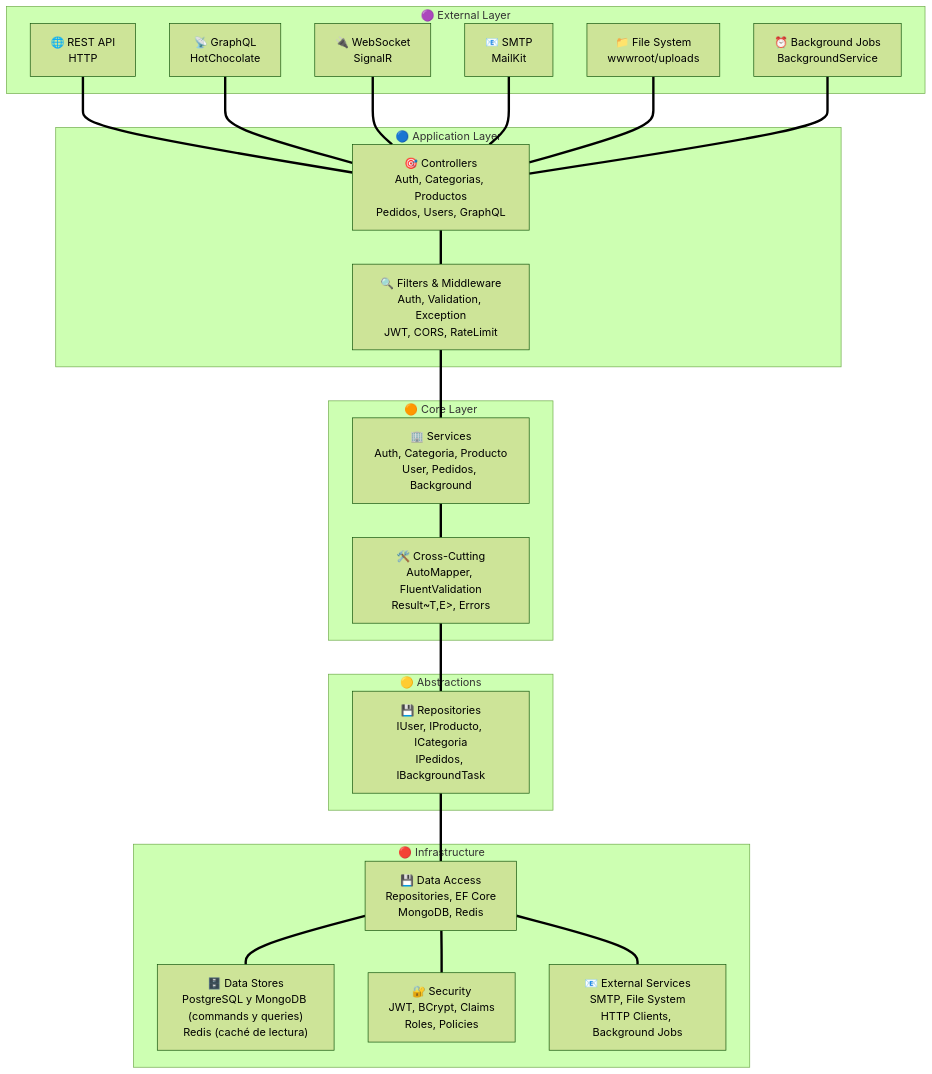
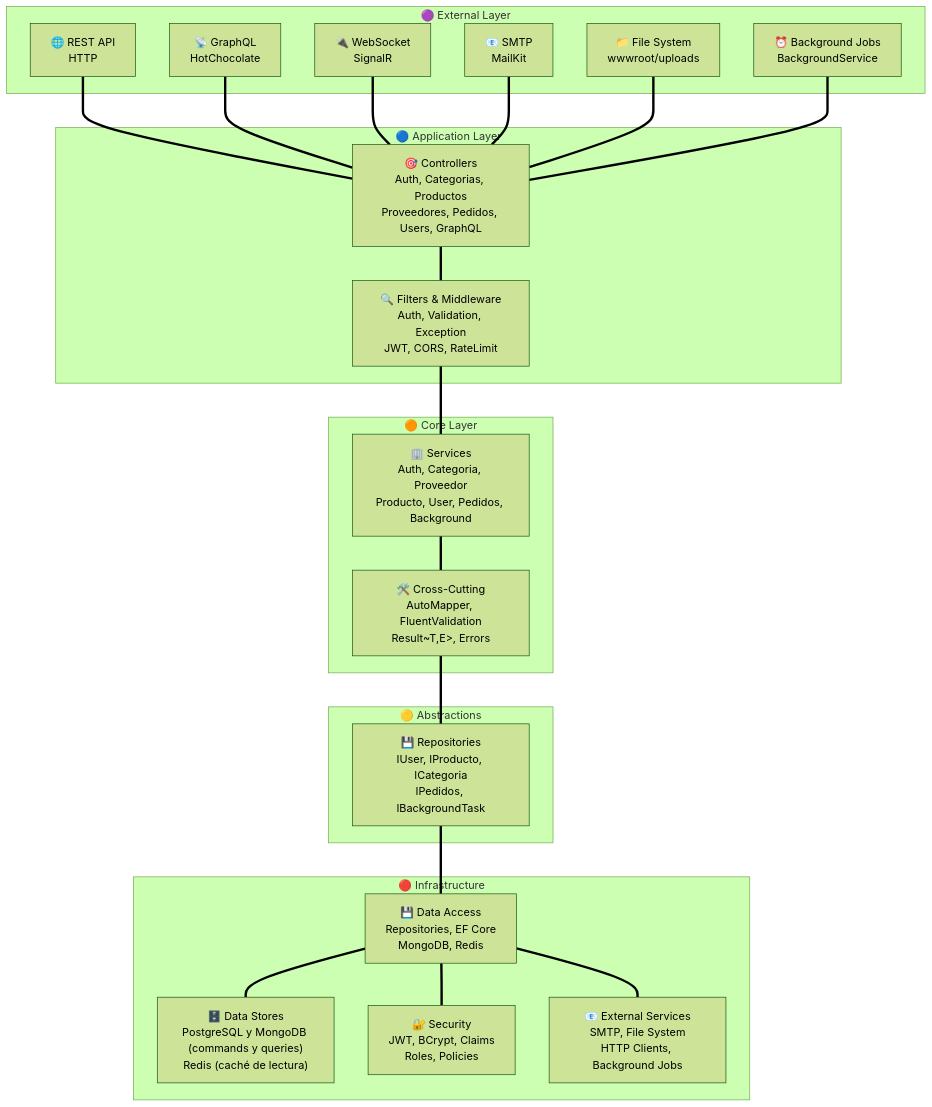
Before and after one commit to joseluisgs/TiendaDawApi-NetCore: the fifth of 7 diagrams in README.md, drawn with Mermaid (forest theme). The commit also changed other lines of this file and 89 other files, not shown here.

First line of the commit message:
feat(proveedores): entidad Proveedor con ID estilo YouTube y paridad total entre repos

````diff
--- a/README.md
+++ b/README.md
@@ -917,40 +942,40 @@
 ```mermaid
 graph TB
     subgraph "🟣 External Layer" 
         REST["🌐 REST API<br/>HTTP"]
         GQL["📡 GraphQL<br/>HotChocolate"]
         WS["🔌 WebSocket<br/>SignalR"]
         SMTP["📧 SMTP<br/>MailKit"]
         FS["📁 File System<br/>wwwroot/uploads"]
         BG["⏰ Background Jobs<br/>BackgroundService"]
     end
 
     subgraph "🔵 Application Layer"
-        CTRL["🎯 Controllers<br/>Auth, Categorias, Productos<br/>Pedidos, Users, GraphQL"]
+        CTRL["🎯 Controllers<br/>Auth, Categorias, Productos<br/>Proveedores, Pedidos, Users, GraphQL"]
         FILT["🔍 Filters & Middleware<br/>Auth, Validation, Exception<br/>JWT, CORS, RateLimit"]
     end
 
     subgraph "🟠 Core Layer"
-        SVC["🏢 Services<br/>Auth, Categoria, Producto<br/>User, Pedidos, Background"]
+        SVC["🏢 Services<br/>Auth, Categoria, Proveedor<br/>Producto, User, Pedidos, Background"]
         CCC["🛠️ Cross-Cutting<br/>AutoMapper, FluentValidation<br/>Result~T,E&gt;, Errors"]
     end
 
     subgraph "🟡 Abstractions"
         REPO["💾 Repositories<br/>IUser, IProducto, ICategoria<br/>IPedidos, IBackgroundTask"]
     end
 
     subgraph "🔴 Infrastructure"
         DA["💾 Data Access<br/>Repositories, EF Core<br/>MongoDB, Redis"]
         DS["🗄️ Data Stores<br/>PostgreSQL y MongoDB (commands y queries)<br/>Redis (caché de lectura)"]
         SEC["🔐 Security<br/>JWT, BCrypt, Claims<br/>Roles, Policies"]
         EXT["📧 External Services<br/>SMTP, File System<br/>HTTP Clients, Background Jobs"]
     end
 
     REST & GQL & WS & SMTP & FS & BG === CTRL
     CTRL === FILT
     FILT === SVC
     SVC === CCC
     CCC === REPO
     REPO === DA
     DA === DS & SEC & EXT
 ```
````
